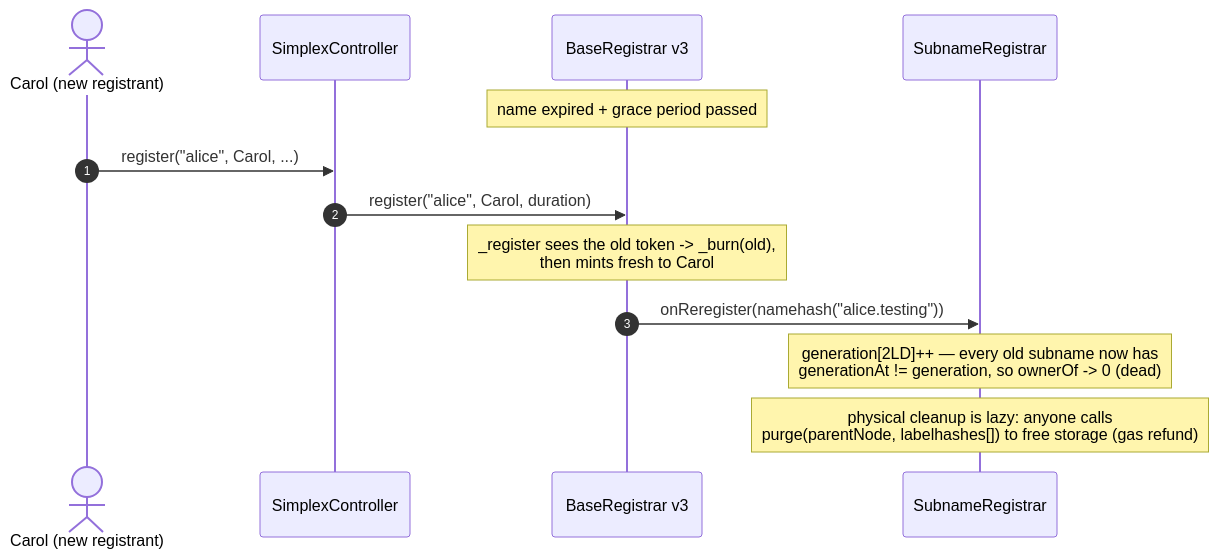
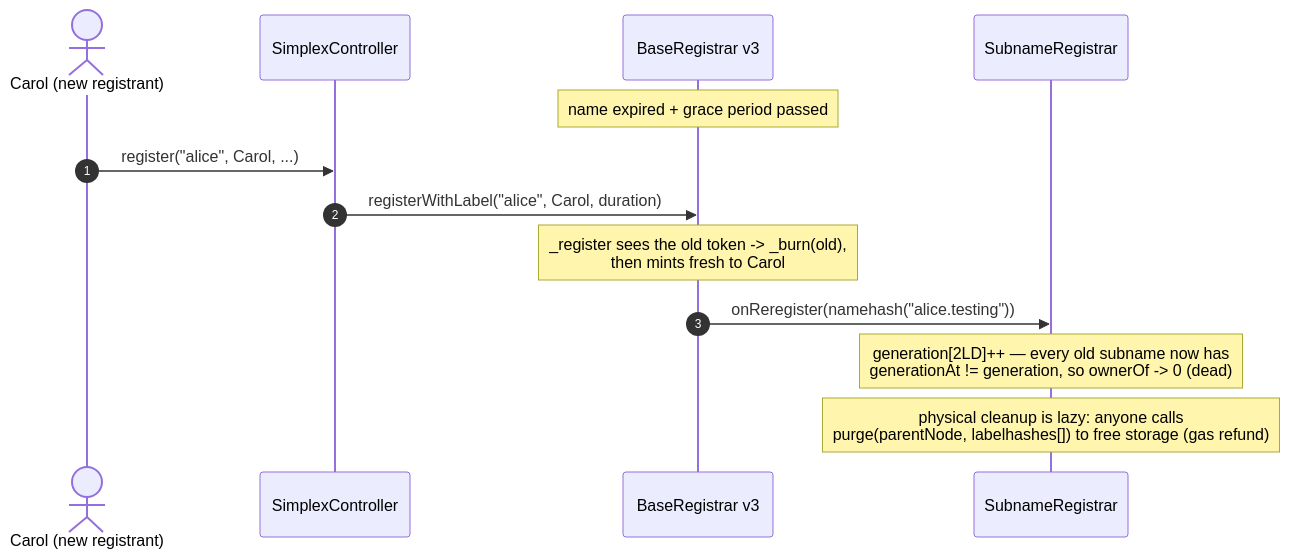
The ninth of 10 diagrams in docs/sequence-happy-flow.md (brenzi/simplex-namespace-contract), drawn with Mermaid before and after one commit. The commit also changed other lines of this file and 16 other files, not shown here.

````diff
--- a/docs/sequence-happy-flow.md
+++ b/docs/sequence-happy-flow.md
@@ -293,16 +295,16 @@
 ```mermaid
 sequenceDiagram
     autonumber
     actor C as Carol (new registrant)
     participant CT as SimplexController
     participant B as BaseRegistrar v3
     participant SR as SubnameRegistrar
 
     note over B: name expired + grace period passed
     C->>CT: register("alice", Carol, ...)
-    CT->>B: register("alice", Carol, duration)
+    CT->>B: registerWithLabel("alice", Carol, duration)
     note over B: _register sees the old token -> _burn(old),<br/>then mints fresh to Carol
     B->>SR: onReregister(namehash("alice.testing"))
     note over SR: generation[2LD]++ — every old subname now has<br/>generationAt != generation, so ownerOf -> 0 (dead)
     note over SR: physical cleanup is lazy: anyone calls<br/>purge(parentNode, labelhashes[]) to free storage (gas refund)
 ```
````
